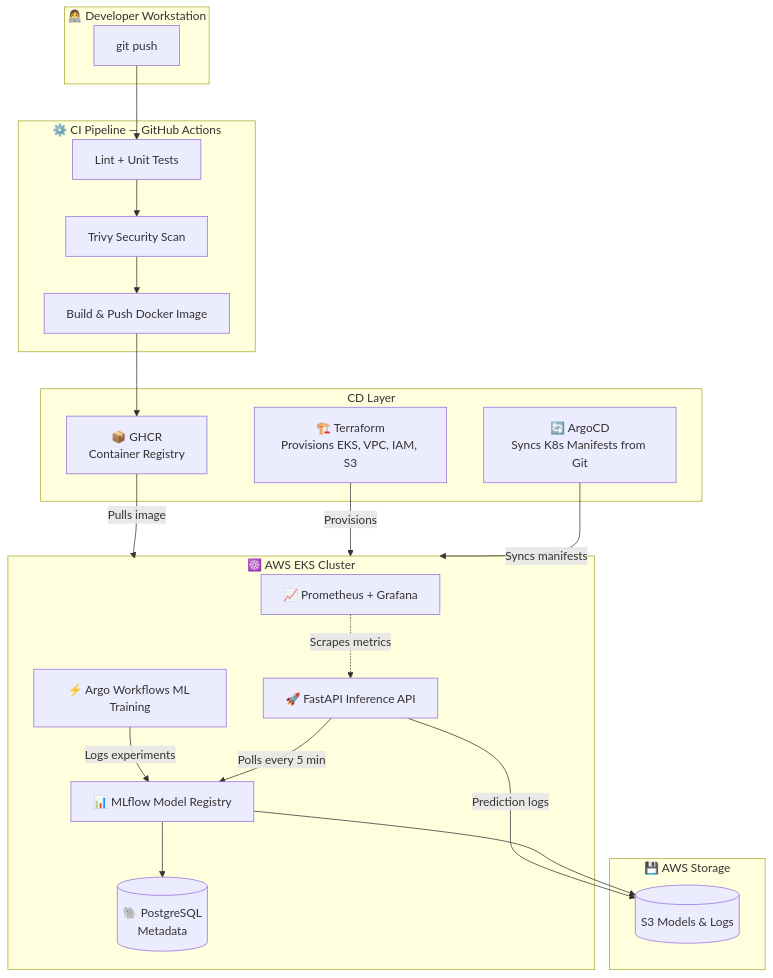
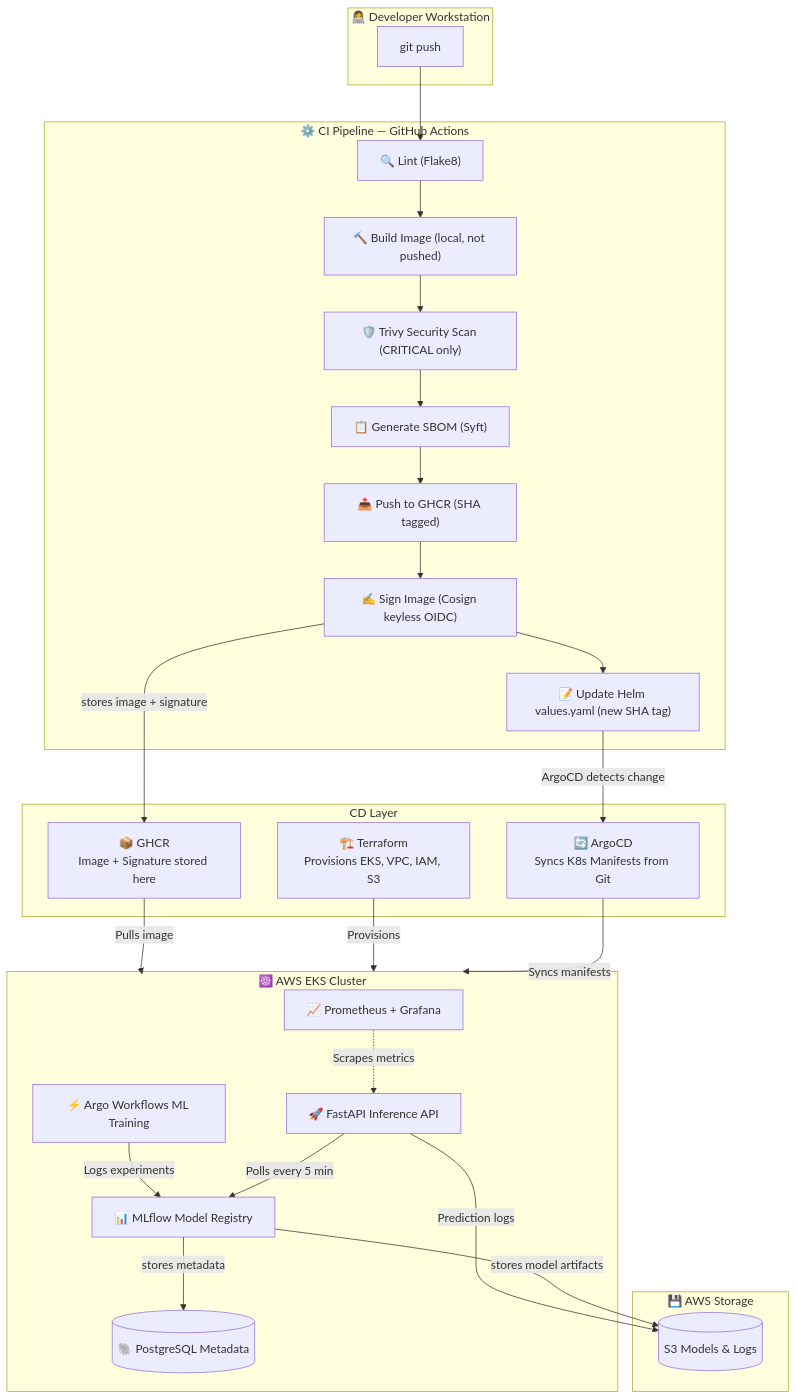
One commit to surabhisahay03/cloudguard-sentinel changed the diagram in README.md. Above: the diagram before and after it, drawn with Mermaid.

Commit message:
Update CI pipeline and improve README clarity

````diff
--- a/README.md
+++ b/README.md
@@ -11,43 +11,50 @@
 ```mermaid
 flowchart TD
     subgraph Dev["👩‍💻 Developer Workstation"]
         Push["git push"]
     end
 
     subgraph CI["⚙️ CI Pipeline — GitHub Actions"]
-        Lint["Lint + Unit Tests"]
-        Scan["Trivy Security Scan"]
-        Build["Build & Push Docker Image"]
+        Lint["🔍 Lint (Flake8)"]
+        Build["🔨 Build Image (local, not pushed)"]
+        Scan["🛡️ Trivy Security Scan (CRITICAL only)"]
+        SBOM["📋 Generate SBOM (Syft)"]
+        Push2["📤 Push to GHCR (SHA tagged)"]
+        Sign["✍️ Sign Image (Cosign keyless OIDC)"]
+        GitTag["📝 Update Helm values.yaml (new SHA tag)"]
     end
 
     subgraph Feeders["CD Layer"]
-        GHCR["📦 GHCR<br/>Container Registry"]
+        GHCR["📦 GHCR<br/>Image + Signature stored here"]
         TF["🏗️ Terraform<br/>Provisions EKS, VPC, IAM, S3"]
         Argo["🔄 ArgoCD<br/>Syncs K8s Manifests from Git"]
     end
 
     subgraph EKS["☸️ AWS EKS Cluster"]
         Monitor["📈 Prometheus + Grafana"]
         API["🚀 FastAPI Inference API"]
         Training["⚡ Argo Workflows ML Training"]
         MLflow["📊 MLflow Model Registry"]
-        PG[("🐘 PostgreSQL<br/>Metadata")]
+        PG[("🐘 PostgreSQL Metadata")]
     end
 
     subgraph Storage["💾 AWS Storage"]
         S3[("S3 Models & Logs")]
     end
 
-    Push --> Lint --> Scan --> Build --> GHCR
+    Push --> Lint --> Build --> Scan --> SBOM --> Push2 --> Sign
+    Sign -->|"stores image + signature"| GHCR
+    Sign --> GitTag
+    GitTag -->|"ArgoCD detects change"| Argo
 
     GHCR -->|"Pulls image"| EKS
     TF -->|"Provisions"| EKS
     Argo -->|"Syncs manifests"| EKS
 
     Monitor -.->|"Scrapes metrics"| API
     Training -->|"Logs experiments"| MLflow
     API -->|"Polls every 5 min"| MLflow
     API -->|"Prediction logs"| S3
-    MLflow --> S3
-    MLflow --> PG
+    MLflow -->|"stores model artifacts"| S3
+    MLflow -->|"stores metadata"| PG
 ```
````
